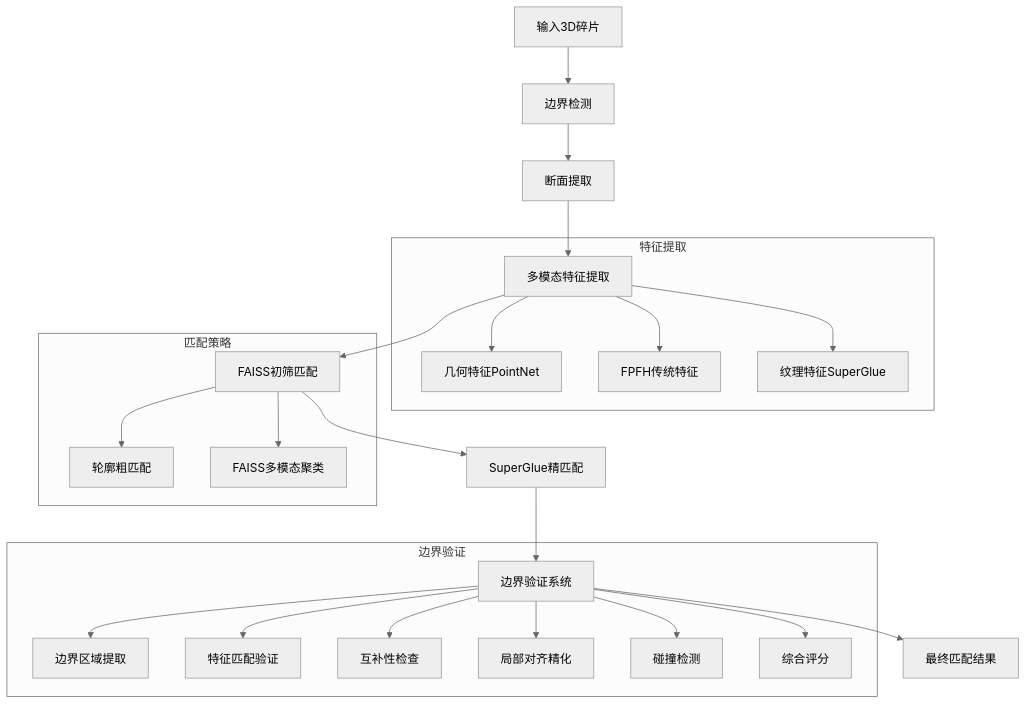
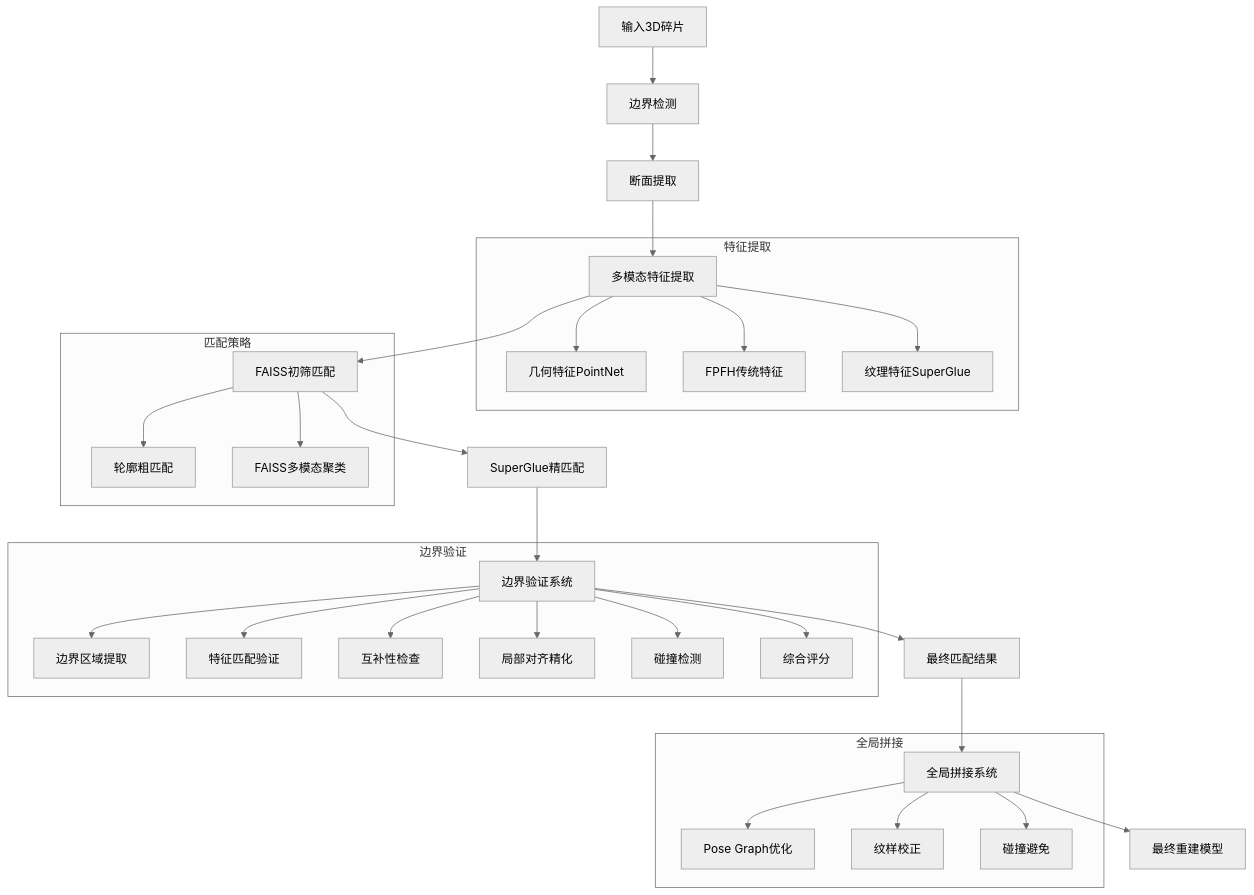
Before and after one commit to EdwardXiao-bit/Ceramic_Reconstruction: the diagram in README.md, drawn with Mermaid (neutral theme). The commit also changed other lines of this file and 17 other files, not shown here.

````diff
--- a/README.md
+++ b/README.md
@@ -135,41 +250,53 @@
 ```mermaid
 graph TD
     A[输入3D碎片] --> B[边界检测]
     B --> C[断面提取]
     C --> D[多模态特征提取]
     D --> E[FAISS初筛匹配]
     E --> F[SuperGlue精匹配]
     F --> G[边界验证系统]
     G --> H[最终匹配结果]
     
     subgraph 特征提取
         D1[几何特征PointNet]
         D2[FPFH传统特征]
         D3[纹理特征SuperGlue]
         D --> D1
         D --> D2
         D --> D3
     end
     
     subgraph 匹配策略
         E1[轮廓粗匹配]
         E2[FAISS多模态聚类]
         E --> E1
         E --> E2
     end
     
     subgraph 边界验证
         G1[边界区域提取]
         G2[特征匹配验证]
         G3[互补性检查]
         G4[局部对齐精化]
         G5[碰撞检测]
         G6[综合评分]
         G --> G1
         G --> G2
         G --> G3
         G --> G4
         G --> G5
         G --> G6
     end
+    
+    H --> I[全局拼接系统]
+    I --> J[最终重建模型]
+    
+    subgraph 全局拼接
+        I1[Pose Graph优化]
+        I2[纹样校正]
+        I3[碰撞避免]
+        I --> I1
+        I --> I2
+        I --> I3
+    end
 ```
````
